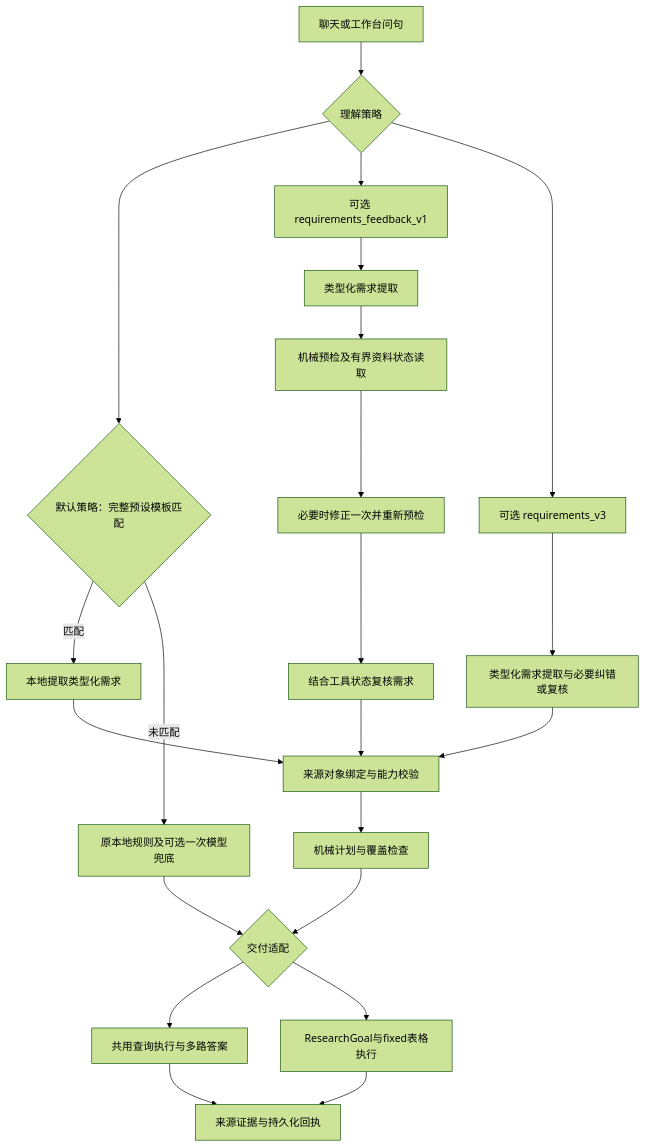
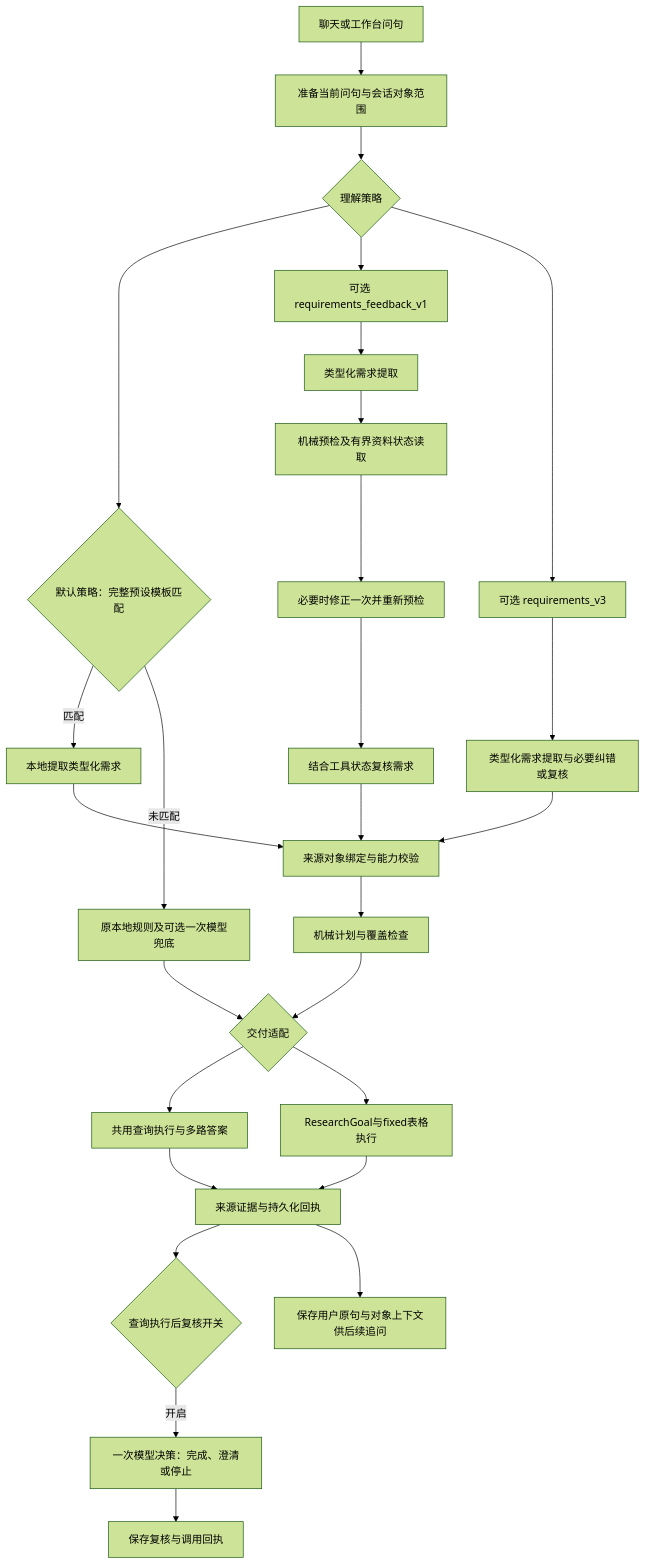
One commit to konoluluxiuda/tcm-multi-agent-assistant changed the diagram in docs/TCM_PROJECT_ROADMAP.md. Above: the diagram before and after it, drawn with Mermaid (forest theme). The commit also changed other lines of this file and 28 other files, not shown here.

````diff
--- a/docs/TCM_PROJECT_ROADMAP.md
+++ b/docs/TCM_PROJECT_ROADMAP.md
@@ -35,24 +45,29 @@
 ```mermaid
 flowchart TD
-    A[聊天或工作台问句] --> B{理解策略}
+    A[聊天或工作台问句] --> S[准备当前问句与会话对象范围]
+    S --> B{理解策略}
     B --> C{默认策略：完整预设模板匹配}
     C -->|匹配| P[本地提取类型化需求]
     P --> F
     C -->|未匹配| L[原本地规则及可选一次模型兜底]
     B --> W[可选 requirements_feedback_v1]
     W --> W1[类型化需求提取]
     W1 --> W2[机械预检及有界资料状态读取]
     W2 --> W3[必要时修正一次并重新预检]
     W3 --> W4[结合工具状态复核需求]
     W4 --> F
     B --> D[可选 requirements_v3]
     D --> E[类型化需求提取与必要纠错或复核]
     E --> F[来源对象绑定与能力校验]
     F --> G[机械计划与覆盖检查]
     G --> H{交付适配}
     L --> H
     H --> I[共用查询执行与多路答案]
     H --> J[ResearchGoal与fixed表格执行]
     I --> K[来源证据与持久化回执]
+    K --> R{查询执行后复核开关}
+    R -->|开启| R1[一次模型决策：完成、澄清或停止]
+    R1 --> R2[保存复核与调用回执]
     J --> K
+    K --> N[保存用户原句与对象上下文供后续追问]
 ```
````
